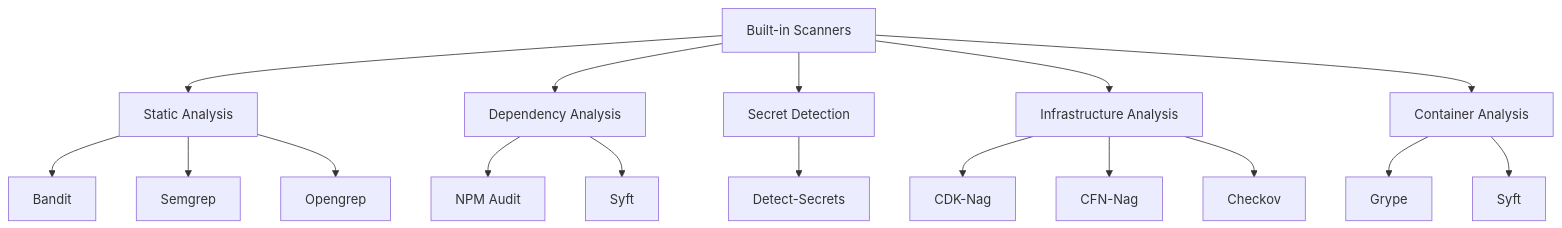
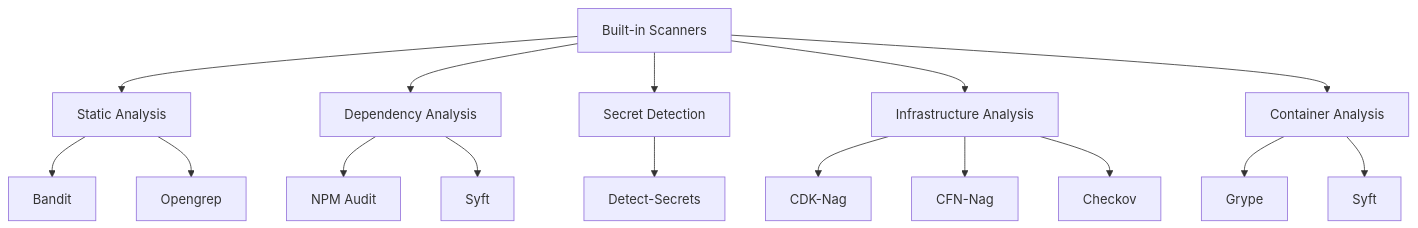
The fifth of 9 diagrams in docs/content/docs/plugins/builtin/scanners-diagrams.md (awslabs/automated-security-helper), drawn with Mermaid before and after one commit. The commit also changed other lines of this file and 74 other files, not shown here.

````diff
--- a/docs/content/docs/plugins/builtin/scanners-diagrams.md
+++ b/docs/content/docs/plugins/builtin/scanners-diagrams.md
@@ -150,24 +146,23 @@
 ```mermaid
 flowchart TD
     A[Built-in Scanners] --> B[Static Analysis]
     A --> C[Dependency Analysis]
     A --> D[Secret Detection]
     A --> E[Infrastructure Analysis]
     A --> F[Container Analysis]
 
     B --> G[Bandit]
-    B --> H[Semgrep]
     B --> I[Opengrep]
 
     C --> J[NPM Audit]
     C --> K[Syft]
 
     D --> L[Detect-Secrets]
 
     E --> M[CDK-Nag]
     E --> N[CFN-Nag]
     E --> O[Checkov]
 
     F --> P[Grype]
     F --> Q[Syft]
 ```
````
